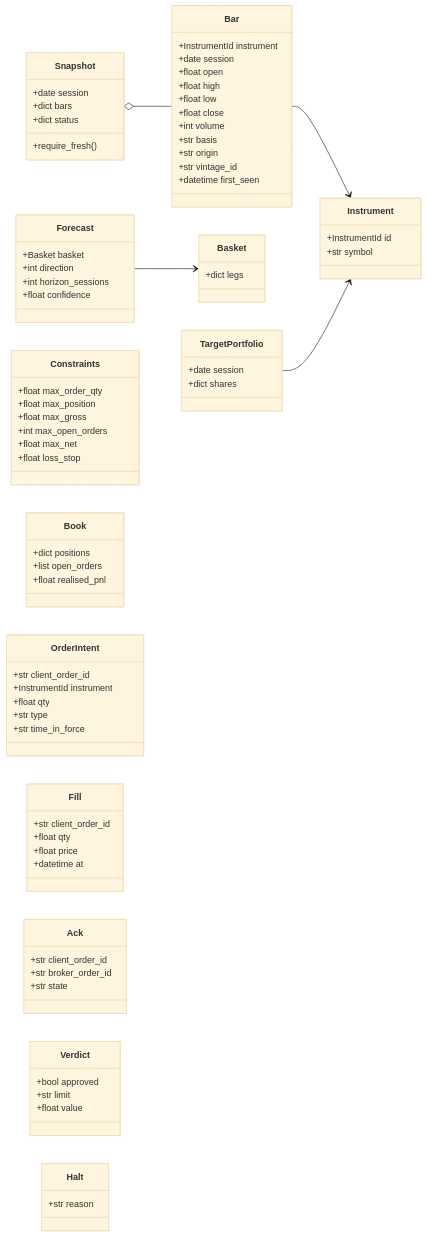
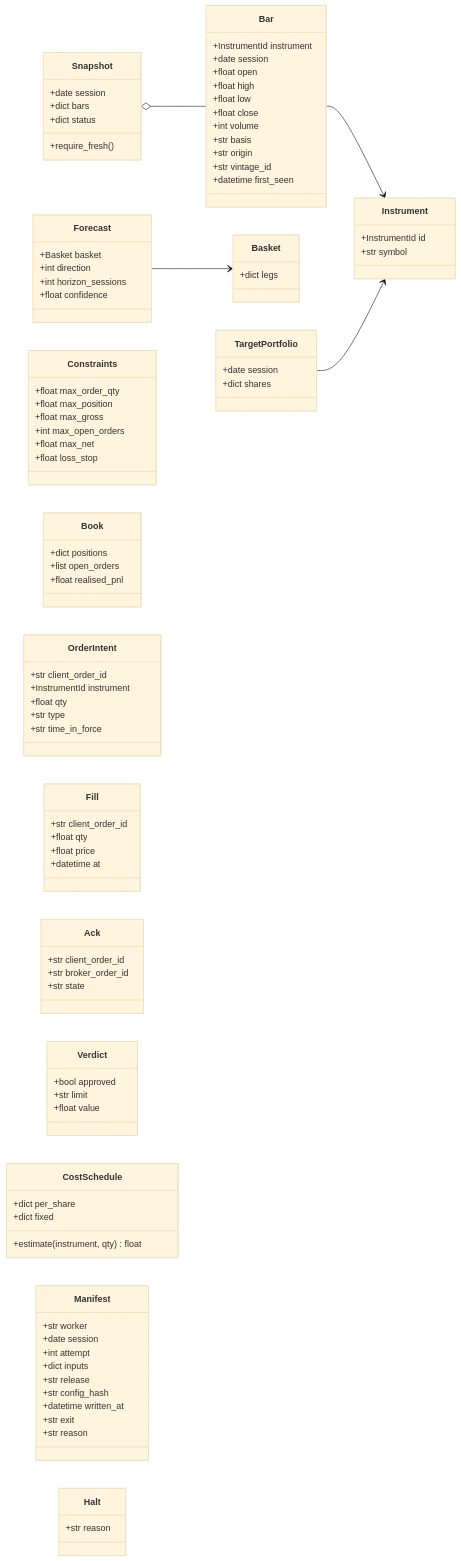
One commit to l3a0/ithildin-runtime changed the tenth of 16 diagrams in docs/architecture.md. Above: the diagram before and after it, drawn with Mermaid (base theme). The commit also changed other lines of this file and 2 other files, not shown here.

First line of the commit message:
docs(architecture): run each module as its own worker, passing files

```diff
--- a/docs/architecture.md
+++ b/docs/architecture.md
@@ -742,6 +816,22 @@
         +str limit
         +float value
     }
+    class CostSchedule {
+        +dict per_share
+        +dict fixed
+        +estimate(instrument, qty) float
+    }
+    class Manifest {
+        +str worker
+        +date session
+        +int attempt
+        +dict inputs
+        +str release
+        +str config_hash
+        +datetime written_at
+        +str exit
+        +str reason
+    }
     class Halt {
         +str reason
     }
```
